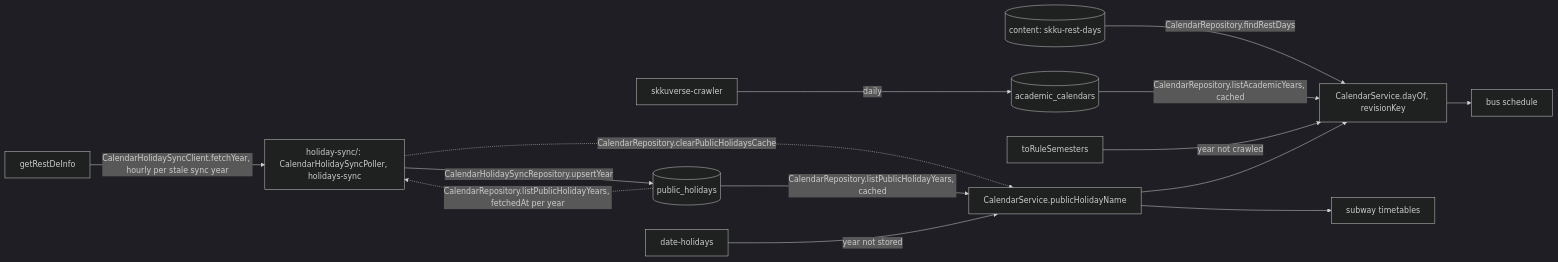
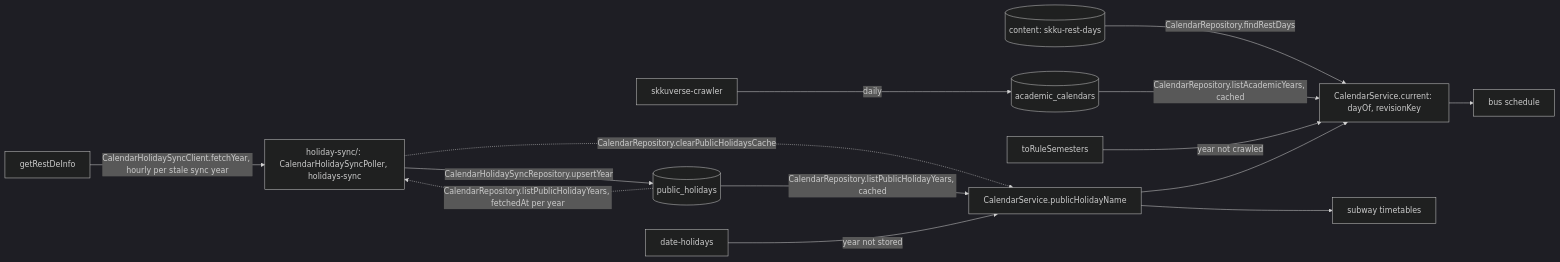
One commit to skkuverse/skkuverse-server changed the diagram in docs/explanation/calendar-architecture.md. Above: the diagram before and after it, drawn with Mermaid (dark theme). The commit also changed other lines of this file and 6 other files, not shown here.

Commit message:
refactor(calendar): hand out one calendar snapshot per schedule content read

````diff
--- a/docs/explanation/calendar-architecture.md
+++ b/docs/explanation/calendar-architecture.md
@@ -49,16 +50,16 @@
 ```mermaid
 flowchart LR
   kasi["getRestDeInfo"] -->|CalendarHolidaySyncClient.fetchYear, hourly per stale sync year| poller["holiday-sync/: CalendarHolidaySyncPoller, holidays-sync"]
   poller -->|CalendarHolidaySyncRepository.upsertYear| coll[("public_holidays")]
   poller -.->|CalendarRepository.clearPublicHolidaysCache| svc
   coll -->|CalendarRepository.listPublicHolidayYears, cached| svc["CalendarService.publicHolidayName"]
   coll -.->|CalendarRepository.listPublicHolidayYears, fetchedAt per year| poller
   rules["date-holidays"] -->|year not stored| svc
-  restDays[("content: skku-rest-days")] -->|CalendarRepository.findRestDays| day["CalendarService.dayOf, revisionKey"]
+  restDays[("content: skku-rest-days")] -->|CalendarRepository.findRestDays| day["CalendarService.current: dayOf, revisionKey"]
   crawler["skkuverse-crawler"] -->|daily| academic[("academic_calendars")]
   academic -->|CalendarRepository.listAcademicYears, cached| day
   rule["toRuleSemesters"] -->|year not crawled| day
   svc --> day
   day --> bus["bus schedule"]
   svc --> subway["subway timetables"]
 ```
````
